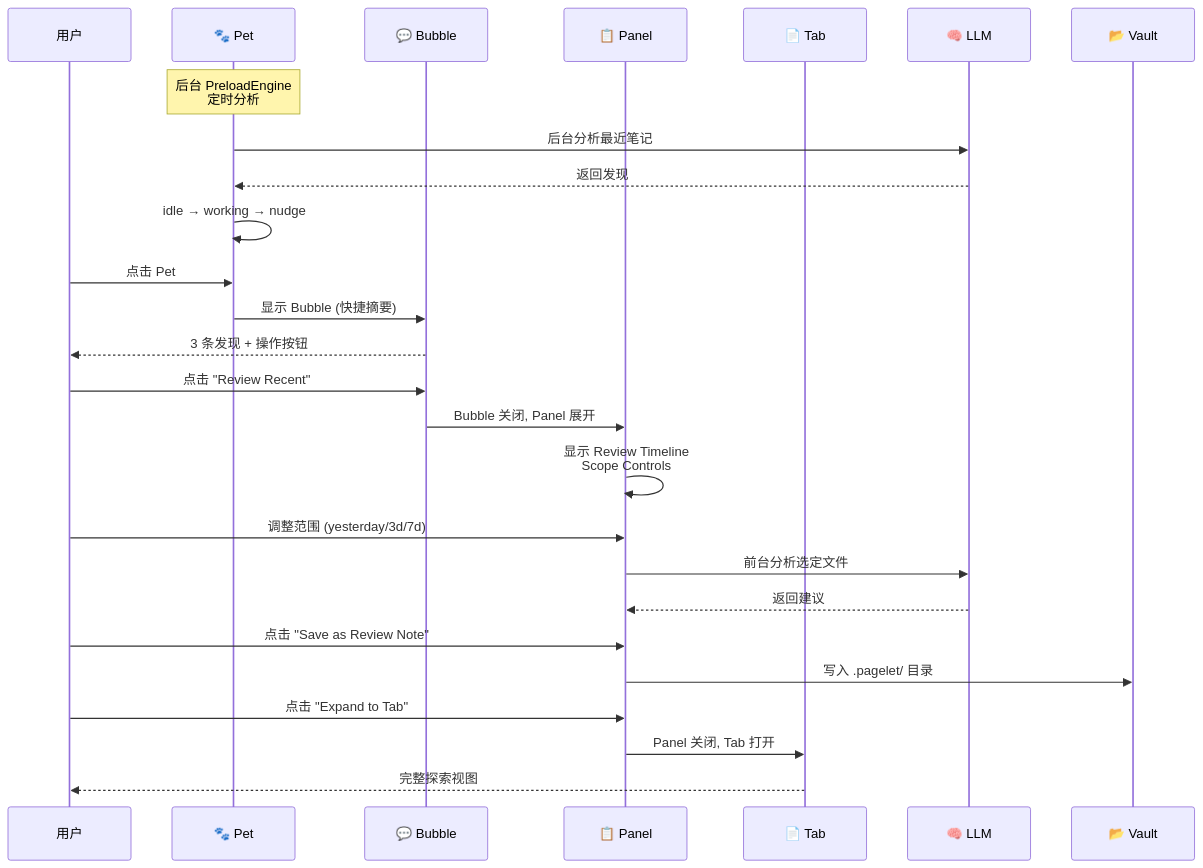
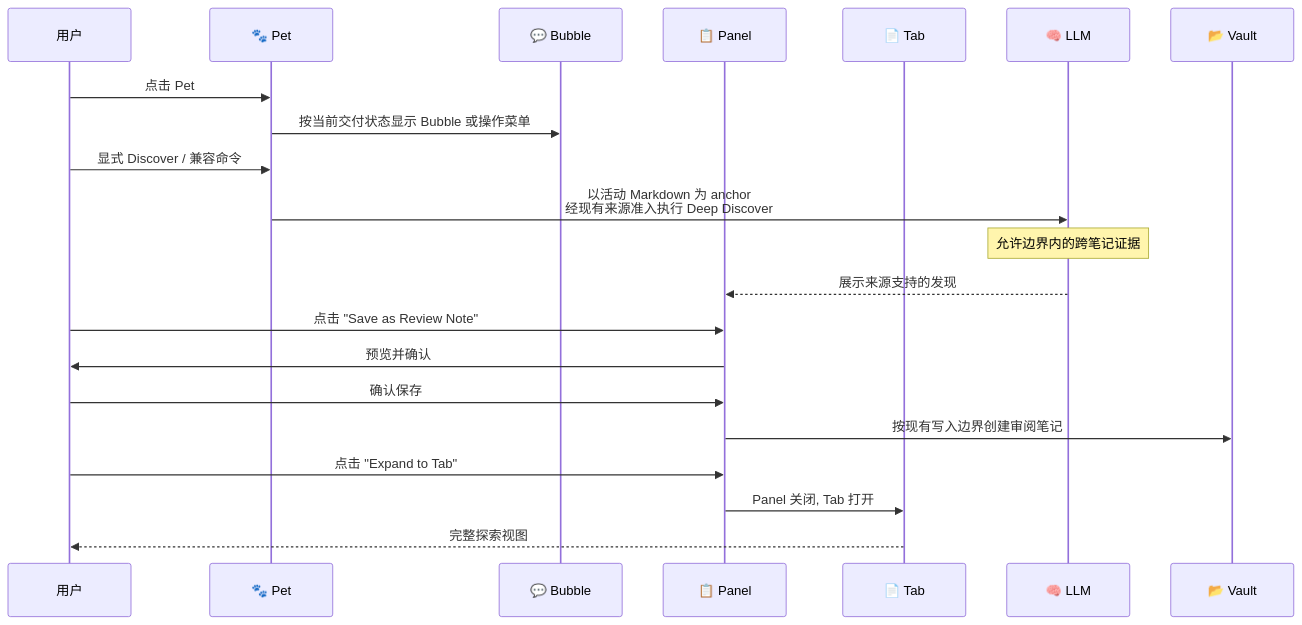
One commit to edonyzpc/personal-assistant changed the ninth of 14 diagrams in docs/architecture/architecture-overview.md. Above: the diagram before and after it, drawn with Mermaid. The commit also changed other lines of this file and 18 other files, not shown here.

````diff
--- a/docs/architecture/architecture-overview.md
+++ b/docs/architecture/architecture-overview.md
@@ -654,35 +654,26 @@
 ```mermaid
 sequenceDiagram
     participant U as 用户
     participant Pet as 🐾 Pet
     participant Bub as 💬 Bubble
     participant Pan as 📋 Panel
     participant Tab as 📄 Tab
     participant LLM as 🧠 LLM
     participant Vault as 📂 Vault
 
-    Note over Pet: 后台 PreloadEngine<br/>定时分析
-
-    Pet->>LLM: 后台分析最近笔记
-    LLM-->>Pet: 返回发现
-    Pet->>Pet: idle → working → nudge
-
     U->>Pet: 点击 Pet
-    Pet->>Bub: 显示 Bubble (快捷摘要)
-    Bub-->>U: 3 条发现 + 操作按钮
-
-    U->>Bub: 点击 "Review Recent"
-    Bub->>Pan: Bubble 关闭, Panel 展开
-
-    Pan->>Pan: 显示 Review Timeline<br/>Scope Controls
-    U->>Pan: 调整范围 (yesterday/3d/7d)
-    Pan->>LLM: 前台分析选定文件
-    LLM-->>Pan: 返回建议
+    Pet->>Bub: 按当前交付状态显示 Bubble 或操作菜单
+    U->>Pet: 显式 Discover / 兼容命令
+    Pet->>LLM: 以活动 Markdown 为 anchor<br/>经现有来源准入执行 Deep Discover
+    Note over LLM: 允许边界内的跨笔记证据
+    LLM-->>Pan: 展示来源支持的发现
 
     U->>Pan: 点击 "Save as Review Note"
-    Pan->>Vault: 写入 .pagelet/ 目录
+    Pan->>U: 预览并确认
+    U->>Pan: 确认保存
+    Pan->>Vault: 按现有写入边界创建审阅笔记
 
     U->>Pan: 点击 "Expand to Tab"
     Pan->>Tab: Panel 关闭, Tab 打开
     Tab-->>U: 完整探索视图
 ```
````
